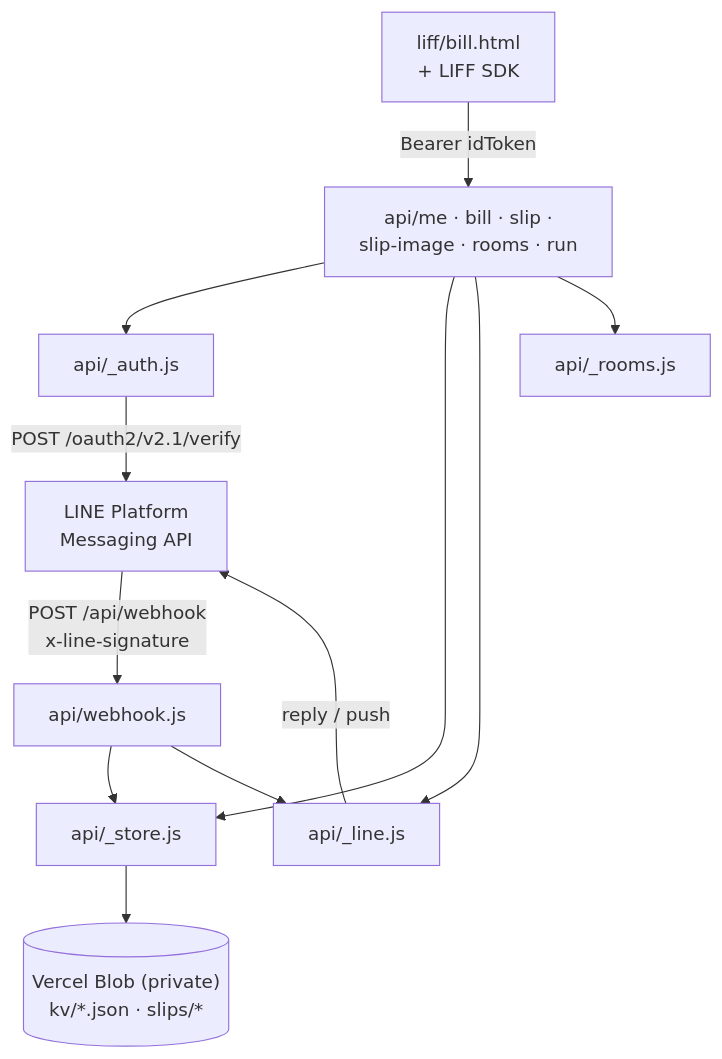
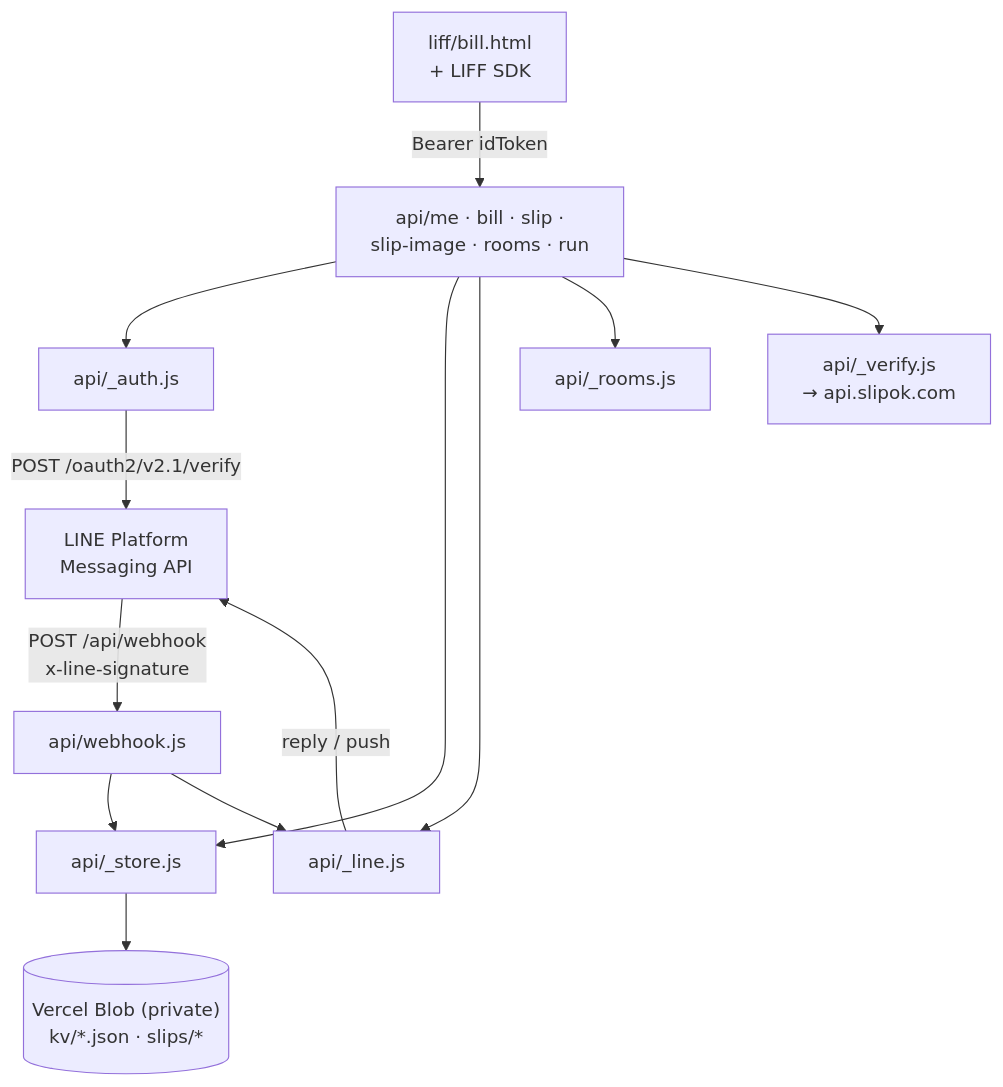
Before and after one commit to WinTuner/Dormplus-prototype: the first of 2 diagrams in line-app/docs/ARCHITECTURE.md, drawn with Mermaid. The commit also changed other lines of this file and 13 other files, not shown here.

````diff
--- a/line-app/docs/ARCHITECTURE.md
+++ b/line-app/docs/ARCHITECTURE.md
@@ -17,15 +19,16 @@
 ```mermaid
 graph TD
   LINE["LINE Platform<br/>Messaging API"] -->|"POST /api/webhook<br/>x-line-signature"| WH["api/webhook.js"]
   WH --> ST["api/_store.js"]
   WH --> LN["api/_line.js"]
   LN -->|"reply / push"| LINE
 
   LIFF["liff/bill.html<br/>+ LIFF SDK"] -->|"Bearer idToken"| EP["api/me · bill · slip ·<br/>slip-image · rooms · run"]
   EP --> AU["api/_auth.js"]
   AU -->|"POST /oauth2/v2.1/verify"| LINE
   EP --> ST
   EP --> LN
   EP --> RM["api/_rooms.js"]
+  EP --> VR["api/_verify.js<br/>→ api.slipok.com"]
   ST --> BLOB[("Vercel Blob (private)<br/>kv/*.json · slips/*")]
 ```
````
